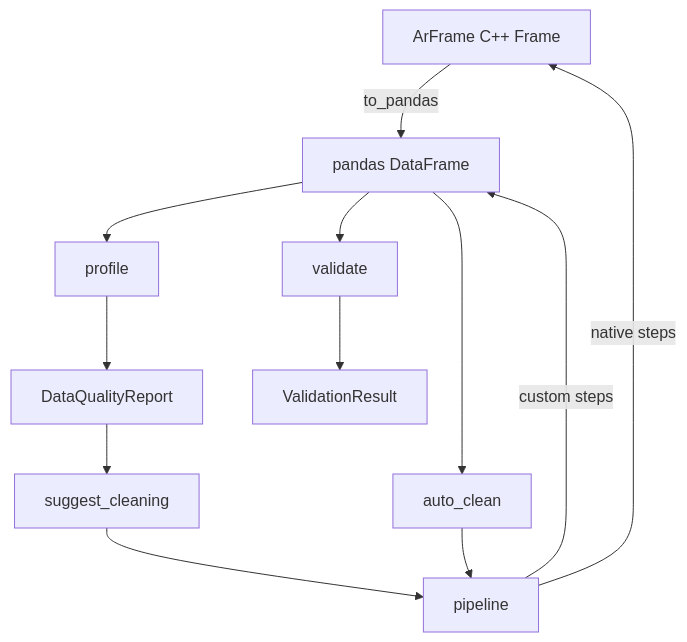
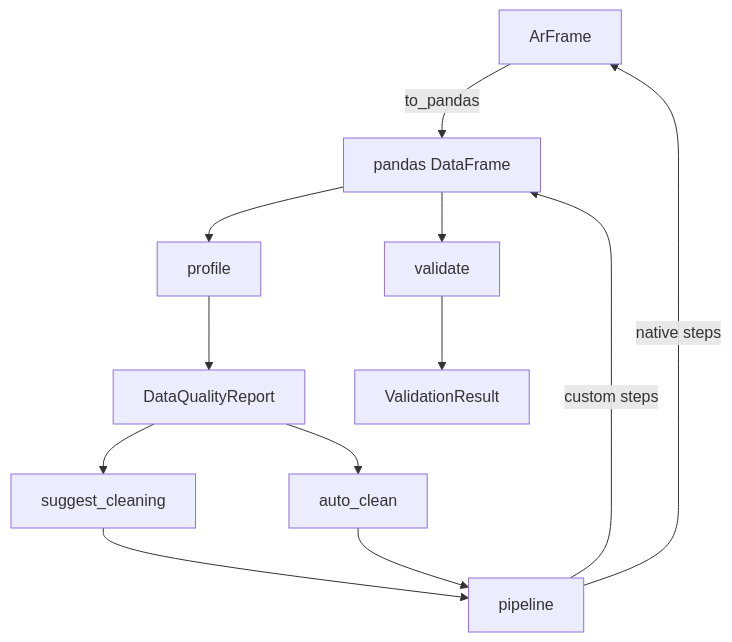
The second of 2 diagrams in ARCHITECTURE.md (im-anishraj/arnio), drawn with Mermaid before and after one commit. The commit also changed other lines of this file, not shown here.

Commit message:
docs: add quality and schema architecture flow

````diff
--- a/ARCHITECTURE.md
+++ b/ARCHITECTURE.md
@@ -76,14 +80,14 @@
 ```mermaid
 graph TD
-    A[ArFrame C++ Frame] -->|to_pandas| B[pandas DataFrame]
+    A[ArFrame] -->|to_pandas| B[pandas DataFrame]
     B --> C[profile]
     B --> D[validate]
-    B --> E[auto_clean]
     C --> F[DataQualityReport]
     F --> G[suggest_cleaning]
+    F --> E[auto_clean]
     G --> H[pipeline]
     E --> H
     H -->|native steps| A
     H -->|custom steps| B
     D --> I[ValidationResult]
 ```
````
